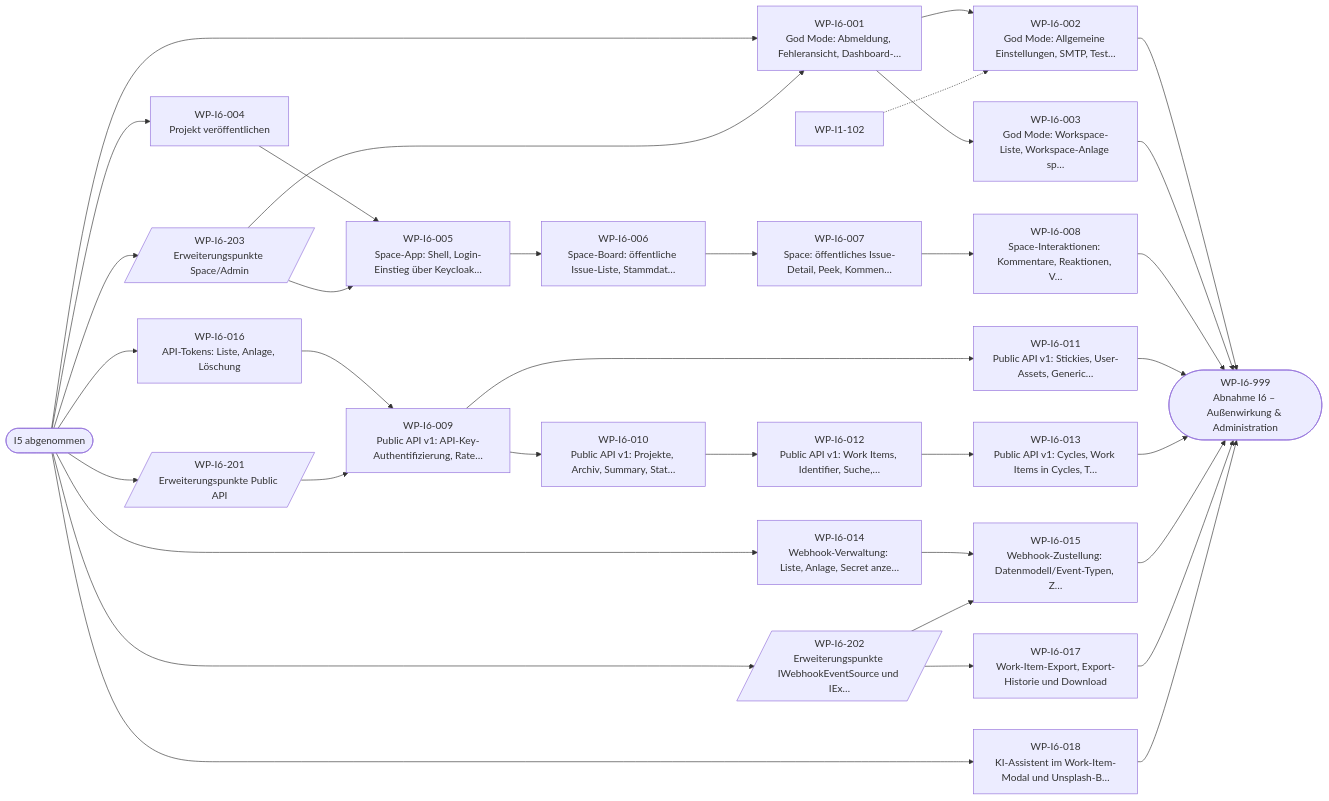
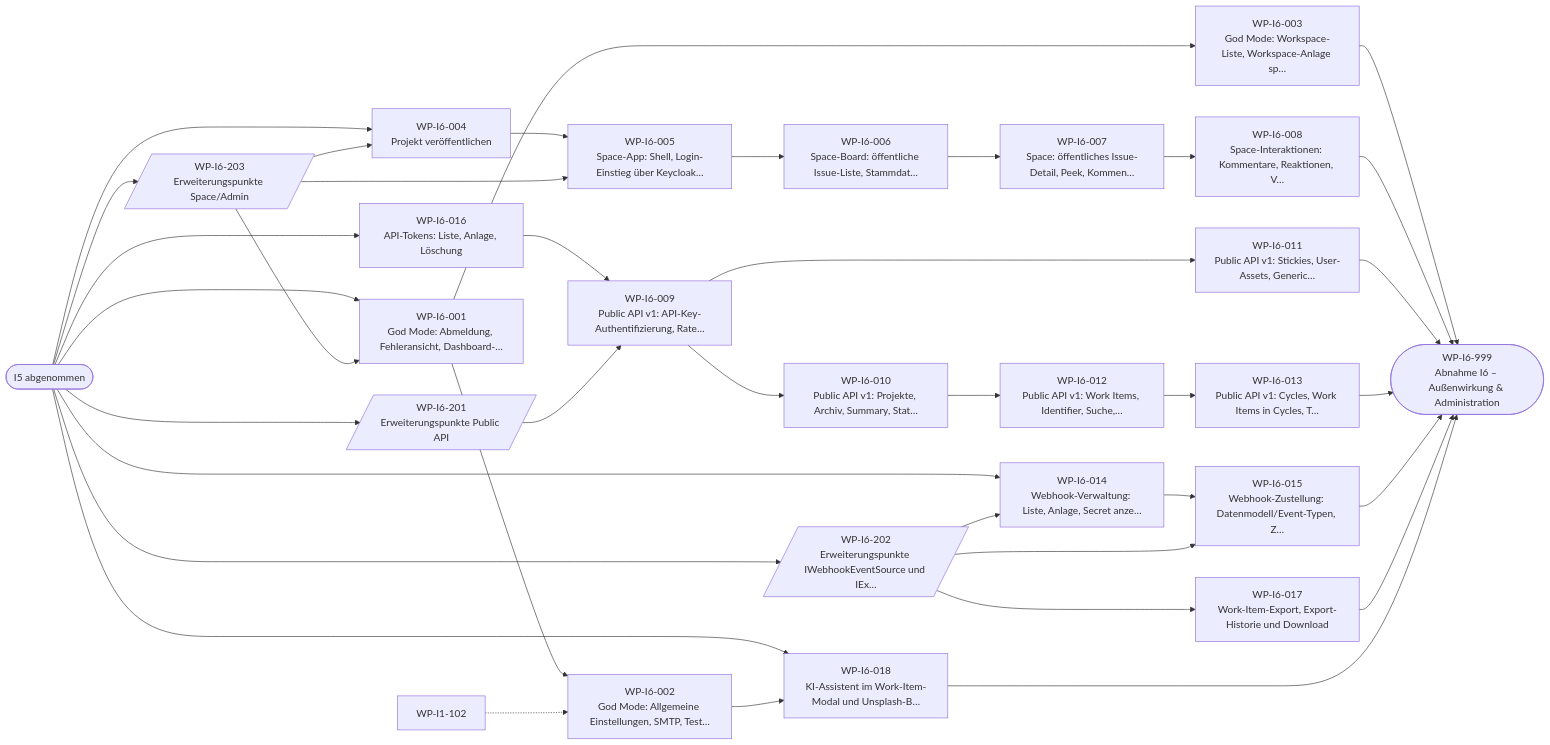
One commit to mlwr/plane changed the ninth of 10 diagrams in migration/plan/01-roadmap-ce.md. Above: the diagram before and after it, drawn with Mermaid. The commit also changed other lines of this file and 11 other files, not shown here.

````diff
--- a/migration/plan/01-roadmap-ce.md
+++ b/migration/plan/01-roadmap-ce.md
@@ -679,60 +689,62 @@
 ```mermaid
 flowchart LR
   M5(["I5 abgenommen"])
   WP_I6_001["WP-I6-001<br/>God Mode: Abmeldung, Fehleransicht, Dashboard-…"]
   WP_I6_002["WP-I6-002<br/>God Mode: Allgemeine Einstellungen, SMTP, Test…"]
   WP_I6_003["WP-I6-003<br/>God Mode: Workspace-Liste, Workspace-Anlage sp…"]
   WP_I6_004["WP-I6-004<br/>Projekt veröffentlichen"]
   WP_I6_005["WP-I6-005<br/>Space-App: Shell, Login-Einstieg über Keycloak…"]
   WP_I6_006["WP-I6-006<br/>Space-Board: öffentliche Issue-Liste, Stammdat…"]
   WP_I6_007["WP-I6-007<br/>Space: öffentliches Issue-Detail, Peek, Kommen…"]
   WP_I6_008["WP-I6-008<br/>Space-Interaktionen: Kommentare, Reaktionen, V…"]
   WP_I6_009["WP-I6-009<br/>Public API v1: API-Key-Authentifizierung, Rate…"]
   WP_I6_010["WP-I6-010<br/>Public API v1: Projekte, Archiv, Summary, Stat…"]
   WP_I6_011["WP-I6-011<br/>Public API v1: Stickies, User-Assets, Generic…"]
   WP_I6_012["WP-I6-012<br/>Public API v1: Work Items, Identifier, Suche,…"]
   WP_I6_013["WP-I6-013<br/>Public API v1: Cycles, Work Items in Cycles, T…"]
   WP_I6_014["WP-I6-014<br/>Webhook-Verwaltung: Liste, Anlage, Secret anze…"]
   WP_I6_015["WP-I6-015<br/>Webhook-Zustellung: Datenmodell/Event-Typen, Z…"]
   WP_I6_016["WP-I6-016<br/>API-Tokens: Liste, Anlage, Löschung"]
   WP_I6_017["WP-I6-017<br/>Work-Item-Export, Export-Historie und Download"]
   WP_I6_018["WP-I6-018<br/>KI-Assistent im Work-Item-Modal und Unsplash-B…"]
   WP_I6_201[/"WP-I6-201<br/>Erweiterungspunkte Public API"/]
   WP_I6_202[/"WP-I6-202<br/>Erweiterungspunkte IWebhookEventSource und IEx…"/]
   WP_I6_203[/"WP-I6-203<br/>Erweiterungspunkte Space/Admin"/]
   WP_I6_999(["WP-I6-999<br/>Abnahme I6 – Außenwirkung & Administration"])
   M5 --> WP_I6_001
   WP_I6_203 --> WP_I6_001
   WP_I6_001 --> WP_I6_002
   WP_I1_102_ext[WP-I1-102] -.-> WP_I6_002
   WP_I6_001 --> WP_I6_003
   M5 --> WP_I6_004
+  WP_I6_203 --> WP_I6_004
   WP_I6_004 --> WP_I6_005
   WP_I6_203 --> WP_I6_005
   WP_I6_005 --> WP_I6_006
   WP_I6_006 --> WP_I6_007
   WP_I6_007 --> WP_I6_008
   WP_I6_016 --> WP_I6_009
   WP_I6_201 --> WP_I6_009
   WP_I6_009 --> WP_I6_010
   WP_I6_009 --> WP_I6_011
   WP_I6_010 --> WP_I6_012
   WP_I6_012 --> WP_I6_013
   M5 --> WP_I6_014
+  WP_I6_202 --> WP_I6_014
   WP_I6_014 --> WP_I6_015
   WP_I6_202 --> WP_I6_015
   M5 --> WP_I6_016
   WP_I6_202 --> WP_I6_017
   M5 --> WP_I6_018
+  WP_I6_002 --> WP_I6_018
   M5 --> WP_I6_201
   M5 --> WP_I6_202
   M5 --> WP_I6_203
-  WP_I6_002 --> WP_I6_999
   WP_I6_003 --> WP_I6_999
   WP_I6_008 --> WP_I6_999
   WP_I6_011 --> WP_I6_999
   WP_I6_013 --> WP_I6_999
   WP_I6_015 --> WP_I6_999
   WP_I6_017 --> WP_I6_999
   WP_I6_018 --> WP_I6_999
 ```
````
